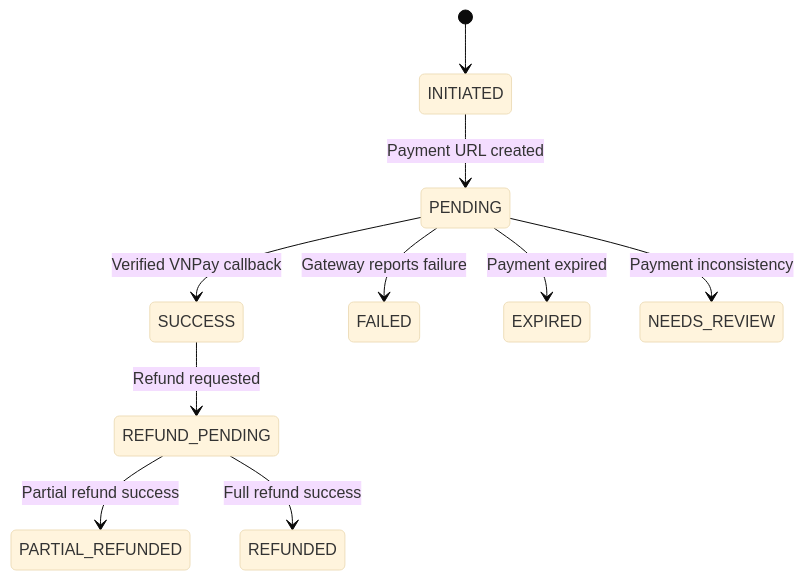
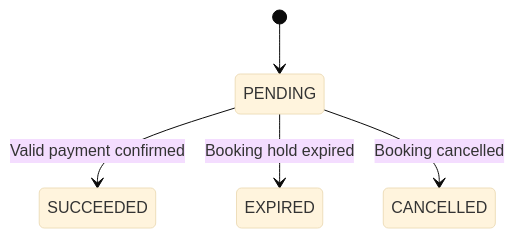
One commit to SyxThan/GoBookNow changed the third of 5 diagrams in docs/STATE_MACHINE.md. Above: the diagram before and after it, drawn with Mermaid (base theme). The commit also changed other lines of this file and 8 other files, not shown here.

Commit message:
feat(payment): add payment domain schema and provider abstraction

````diff
--- a/docs/STATE_MACHINE.md
+++ b/docs/STATE_MACHINE.md
@@ -326,16 +313,7 @@
 ```mermaid
 stateDiagram-v2
-    [*] --> INITIATED
-
-    INITIATED --> PENDING: Payment URL created
-
-    PENDING --> SUCCESS: Verified VNPay callback
-    PENDING --> FAILED: Gateway reports failure
-    PENDING --> EXPIRED: Payment expired
-    PENDING --> NEEDS_REVIEW: Payment inconsistency
-
-    SUCCESS --> REFUND_PENDING: Refund requested
-
-    REFUND_PENDING --> PARTIAL_REFUNDED: Partial refund success
-    REFUND_PENDING --> REFUNDED: Full refund success
+    [*] --> PENDING
+    PENDING --> SUCCEEDED: Valid payment confirmed
+    PENDING --> EXPIRED: Booking hold expired
+    PENDING --> CANCELLED: Booking cancelled
 ```
````
